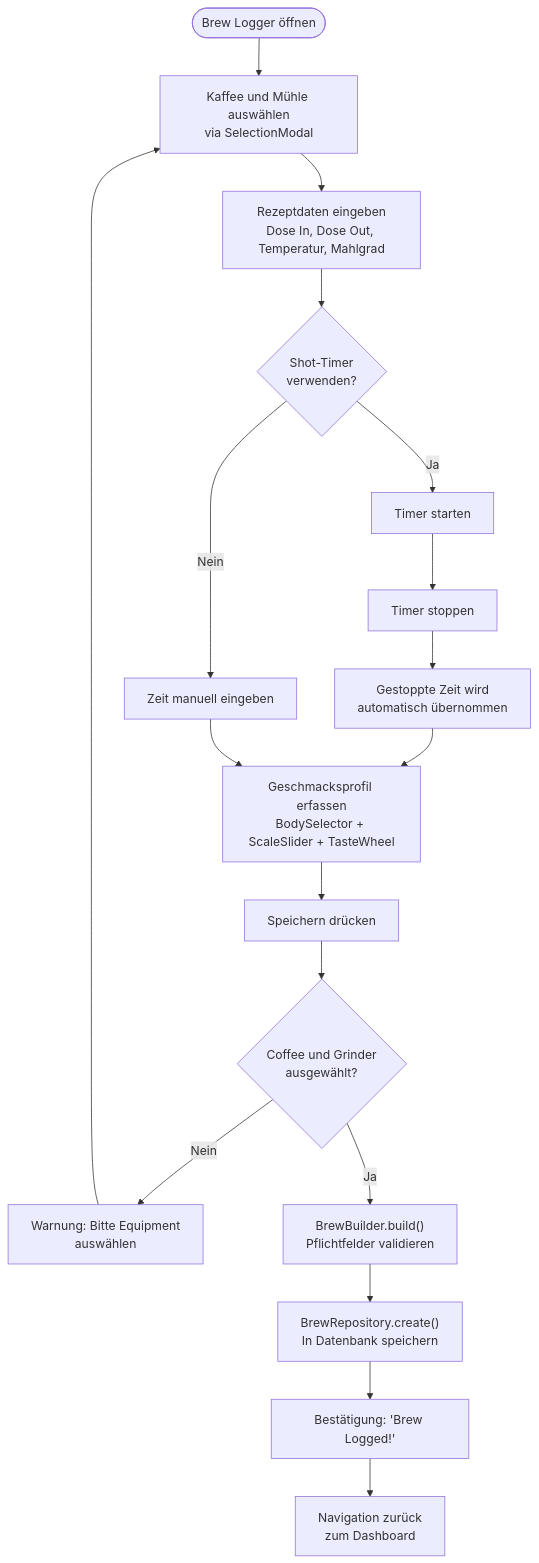
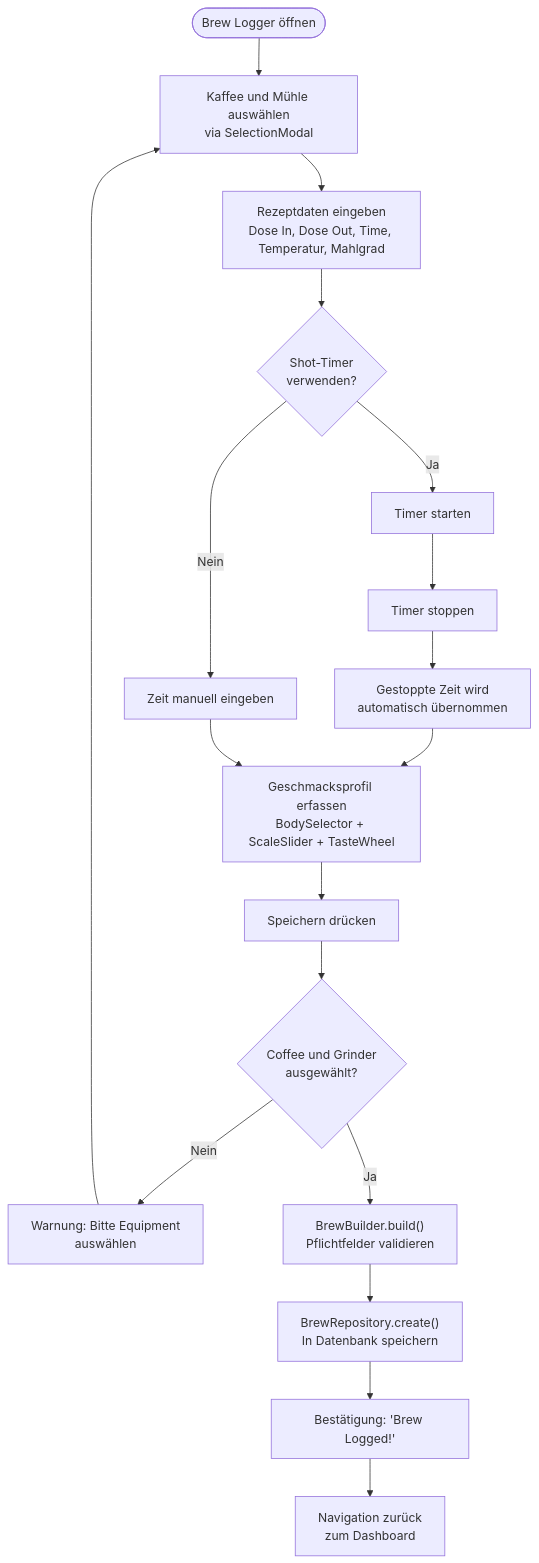
The third of 4 diagrams in README.md (zobe03/Coffee-app), drawn with Mermaid before and after one commit.

````diff
--- a/README.md
+++ b/README.md
@@ -502,26 +502,26 @@
 ```mermaid
 flowchart TD
     Start([Brew Logger öffnen]) --> SelectEquipment[Kaffee und Mühle auswählen<br/>via SelectionModal]
-    SelectEquipment --> EnterRecipe[Rezeptdaten eingeben<br/>Dose In, Dose Out, Temperatur, Mahlgrad]
+    SelectEquipment --> EnterRecipe[Rezeptdaten eingeben<br/>Dose In, Dose Out, Time, Temperatur, Mahlgrad]
     EnterRecipe --> Timer{Shot-Timer<br/>verwenden?}
     
     Timer -->|Ja| StartTimer[Timer starten]
     StartTimer --> StopTimer[Timer stoppen]
     StopTimer --> AutoFill[Gestoppte Zeit wird<br/>automatisch übernommen]
     AutoFill --> TasteProfile
     
     Timer -->|Nein| ManualTime[Zeit manuell eingeben]
     ManualTime --> TasteProfile
 
     TasteProfile[Geschmacksprofil erfassen<br/>BodySelector + ScaleSlider + TasteWheel]
     TasteProfile --> Save[Speichern drücken]
     
     Save --> ValidateEquipment{Coffee und Grinder<br/>ausgewählt?}
     ValidateEquipment -->|Nein| ShowWarning[Warnung: Bitte Equipment<br/>auswählen]
     ShowWarning --> SelectEquipment
 
     ValidateEquipment -->|Ja| BuildBrew["BrewBuilder.build()<br/>Pflichtfelder validieren"]
     BuildBrew --> Persist["BrewRepository.create()<br/>In Datenbank speichern"]
     Persist --> Confirm["Bestätigung: 'Brew Logged!'"]
     Confirm --> Navigate[Navigation zurück<br/>zum Dashboard]
 ```
````
